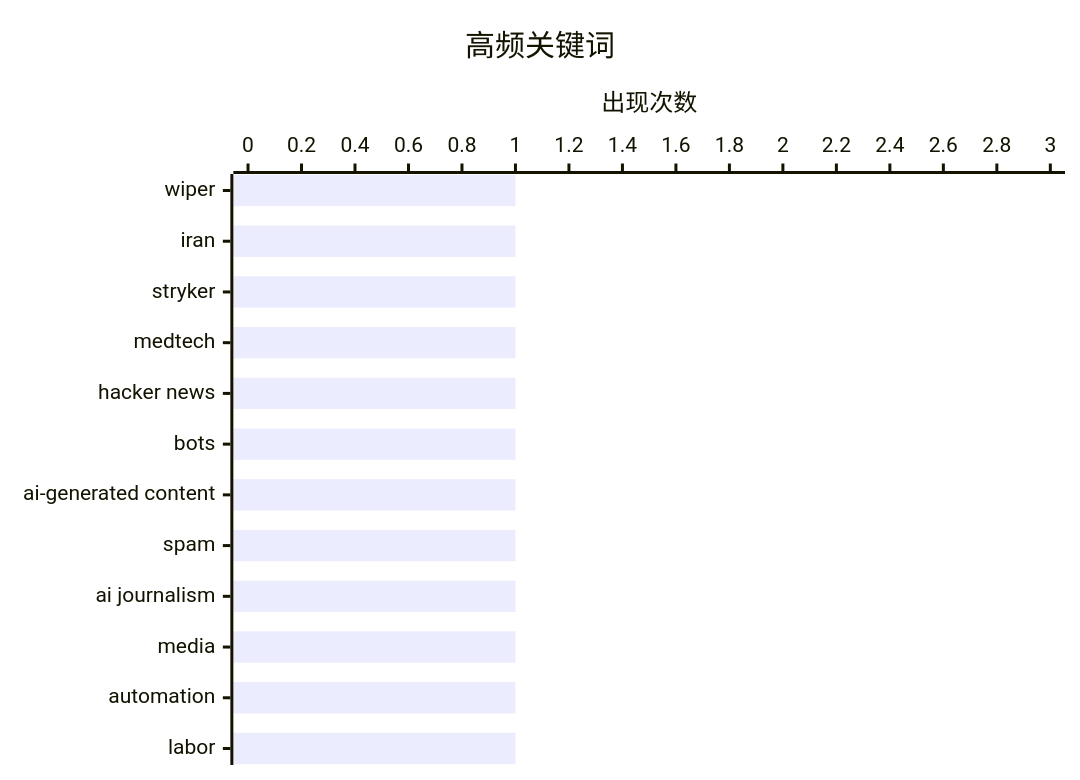
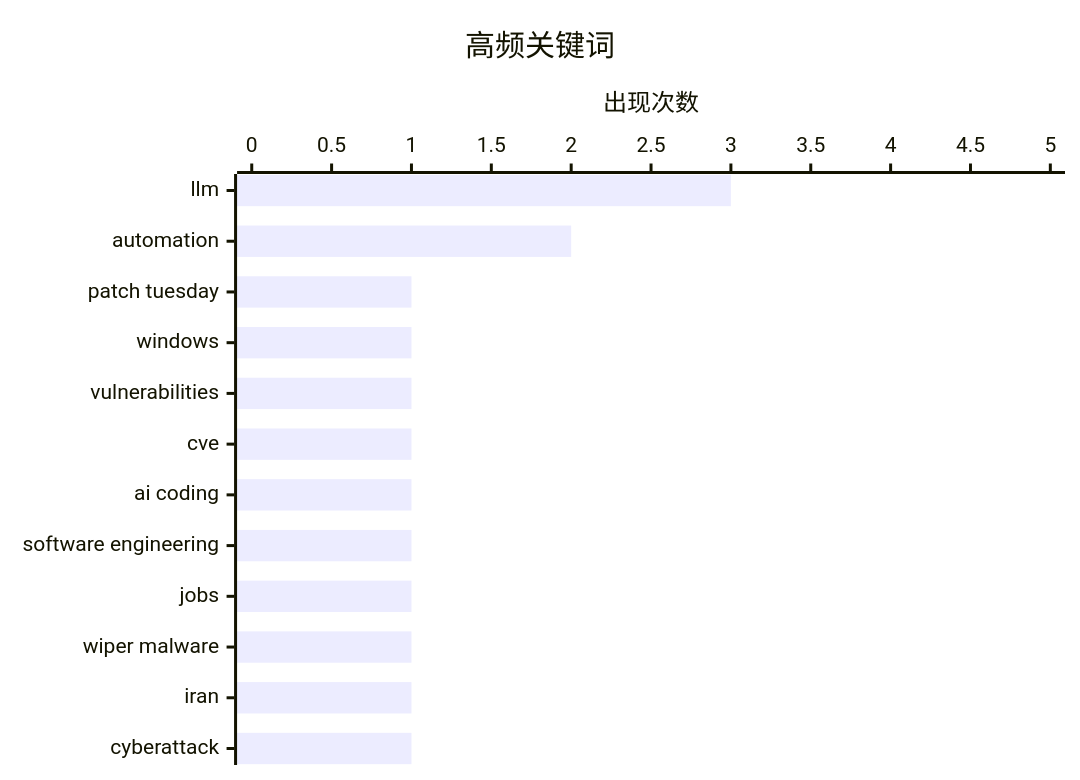
One commit to originem0/SZBlog changed the second of 2 diagrams in content/ai-daily/2026-03-12.md. Above: the diagram before and after it, drawn with Mermaid. The commit also changed other lines of this file, not shown here.

````diff
--- a/content/ai-daily/2026-03-12.md
+++ b/content/ai-daily/2026-03-12.md
@@ -65,7 +71,7 @@
 ```mermaid
 xychart-beta horizontal
     title "高频关键词"
-    x-axis ["wiper", "iran", "stryker", "medtech", "hacker news", "bots", "ai-generated content", "spam", "ai journalism", "media", "automation", "labor"]
-    y-axis "出现次数" 0 --> 3
-    bar [1, 1, 1, 1, 1, 1, 1, 1, 1, 1, 1, 1]
+    x-axis ["llm", "automation", "patch tuesday", "windows", "vulnerabilities", "cve", "ai coding", "software engineering", "jobs", "wiper malware", "iran", "cyberattack"]
+    y-axis "出现次数" 0 --> 5
+    bar [3, 2, 1, 1, 1, 1, 1, 1, 1, 1, 1, 1]
 ```
````
